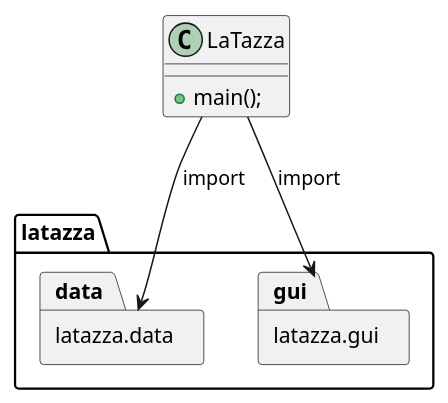
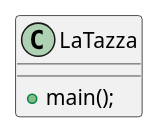
One commit to salvatore-dimartino/LaTazza changed the second of 7 diagrams in templates/DesignDocumentTemplate.md. Above: the diagram before and after it, drawn with PlantUML.

````diff
--- a/templates/DesignDocumentTemplate.md
+++ b/templates/DesignDocumentTemplate.md
@@ -58,16 +58,10 @@
 ```plantuml
 @startuml
 allowmixing
-
-package latazza.data
-package latazza.gui
 
 class LaTazza {
     +main();
 }
 
-LaTazza --> latazza.data: import
-LaTazza --> latazza.gui: import
-
 @enduml
 ```
````
